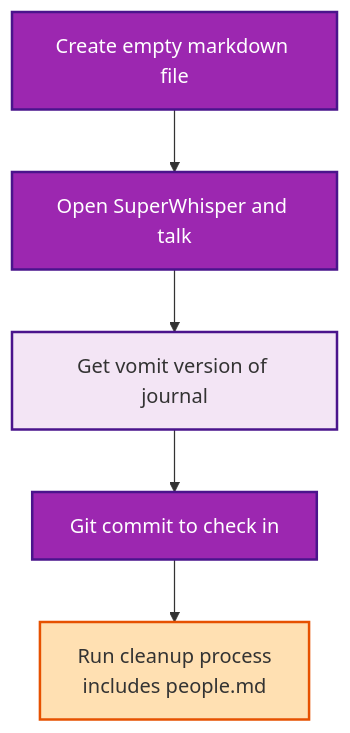
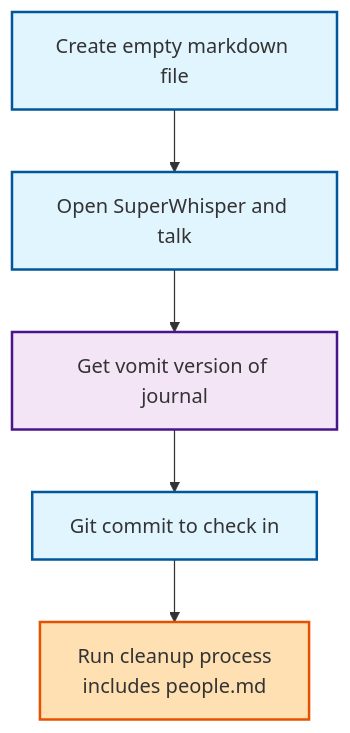
Before and after one commit to isidore/AIJournaling: the second of 2 diagrams in Flowchart_Journaling/journaling_process.md, drawn with Mermaid. The commit also changed other lines of this file, not shown here.

````diff
--- a/Flowchart_Journaling/journaling_process.md
+++ b/Flowchart_Journaling/journaling_process.md
@@ -16,17 +16,17 @@
 ```mermaid
 graph TD
     Start[Create empty markdown file]:::tools
     Whisper[Open SuperWhisper and talk]:::tools
     Vomit[Get vomit version of journal]:::output
     Commit[Git commit to check in]:::tools
     Cleanup[Run cleanup process<br/>includes people.md]:::processing
     
     Start --> Whisper
     Whisper --> Vomit
     Vomit --> Commit
     Commit --> Cleanup
     
-    classDef tools fill:#9c27b0,stroke:#4a148c,stroke-width:2px,color:#fff
+    classDef tools fill:#e1f5ff,stroke:#01579b,stroke-width:2px
     classDef output fill:#f3e5f5,stroke:#4a148c,stroke-width:2px
     classDef processing fill:#ffe0b2,stroke:#e65100,stroke-width:2px
 ```
````
